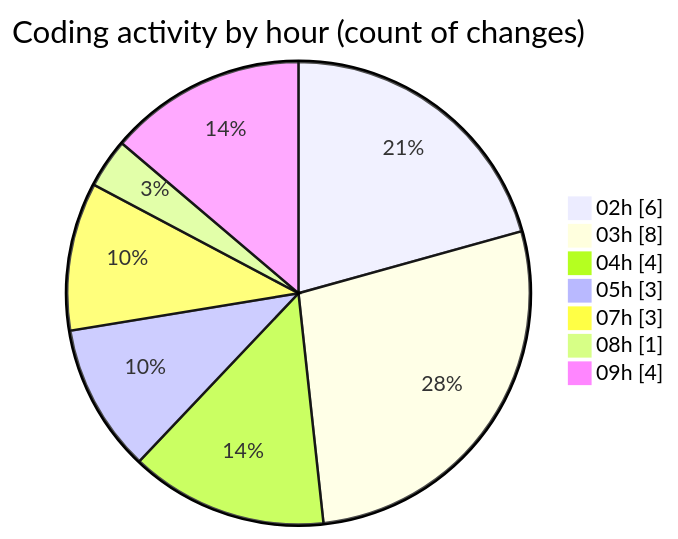
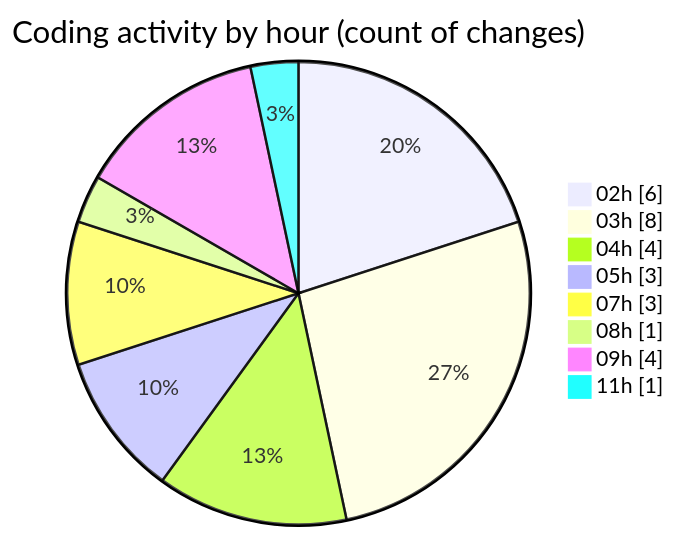
Before and after one commit to FelipKnott/code-tracking: the second of 2 diagrams in 2025-07-03/cursor/README.md, drawn with Mermaid. The commit also changed other lines of this file and 1 other file, not shown here.

````diff
--- a/2025-07-03/cursor/README.md
+++ b/2025-07-03/cursor/README.md
@@ -35,11 +35,12 @@
 ```mermaid
 pie showData
 title Coding activity by hour (count of changes)
 "02h" : 6
 "03h" : 8
 "04h" : 4
 "05h" : 3
 "07h" : 3
 "08h" : 1
 "09h" : 4
+"11h" : 1
 ```
````
